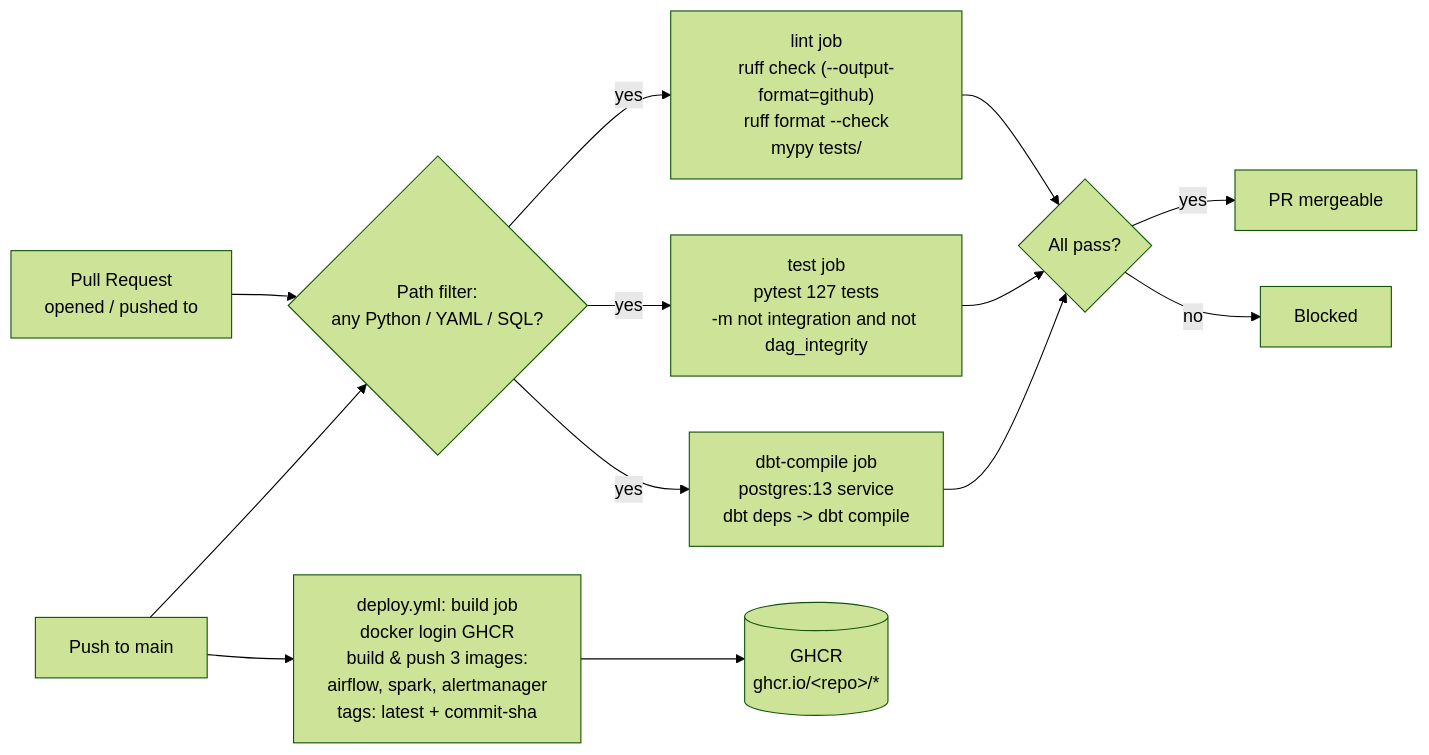
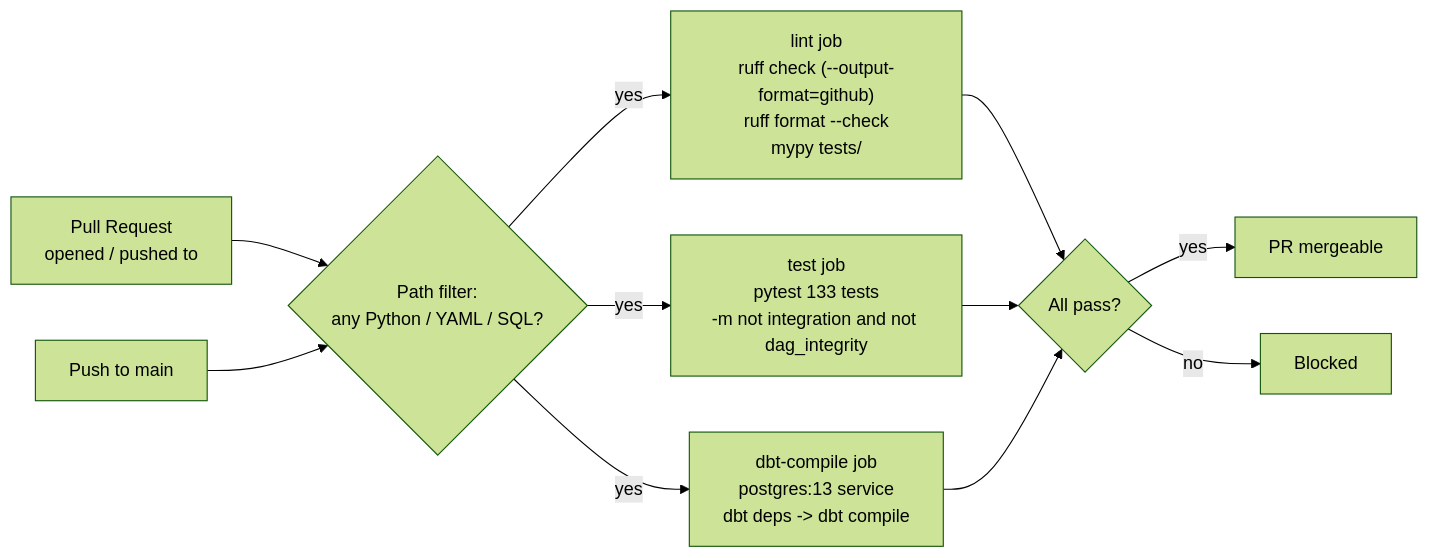
Before and after one commit to AhmedIkram05/w3c-etl-pipeline: diagram 13 of 14 in README.md, drawn with Mermaid (forest theme). The commit also changed other lines of this file, not shown here.

````diff
--- a/README.md
+++ b/README.md
@@ -879,19 +912,16 @@
 ```mermaid
 flowchart LR
     PR["Pull Request<br/>opened / pushed to"] --> Gate{"Path filter:<br/>any Python / YAML / SQL?"}
     Push["Push to main"] --> Gate
 
     Gate -->|"yes"| Lint["lint job<br/>ruff check (--output-format=github)<br/>ruff format --check<br/>mypy tests/"]
-    Gate -->|"yes"| Test["test job<br/>pytest 127 tests<br/>-m not integration and not dag_integrity"]
+    Gate -->|"yes"| Test["test job<br/>pytest 133 tests<br/>-m not integration and not dag_integrity"]
     Gate -->|"yes"| Dbt["dbt-compile job<br/>postgres:13 service<br/>dbt deps -> dbt compile"]
 
     Lint --> Result{"All pass?"}
     Test --> Result
     Dbt --> Result
 
     Result -->|"yes"| Merge["PR mergeable"]
     Result -->|"no"| Block["Blocked"]
-
-    Push --> Build["deploy.yml: build job<br/>docker login GHCR<br/>build & push 3 images:<br/>airflow, spark, alertmanager<br/>tags: latest + commit-sha"]
-    Build --> GHCR[("GHCR<br/>ghcr.io/&lt;repo&gt;/*")]
 ```
````
